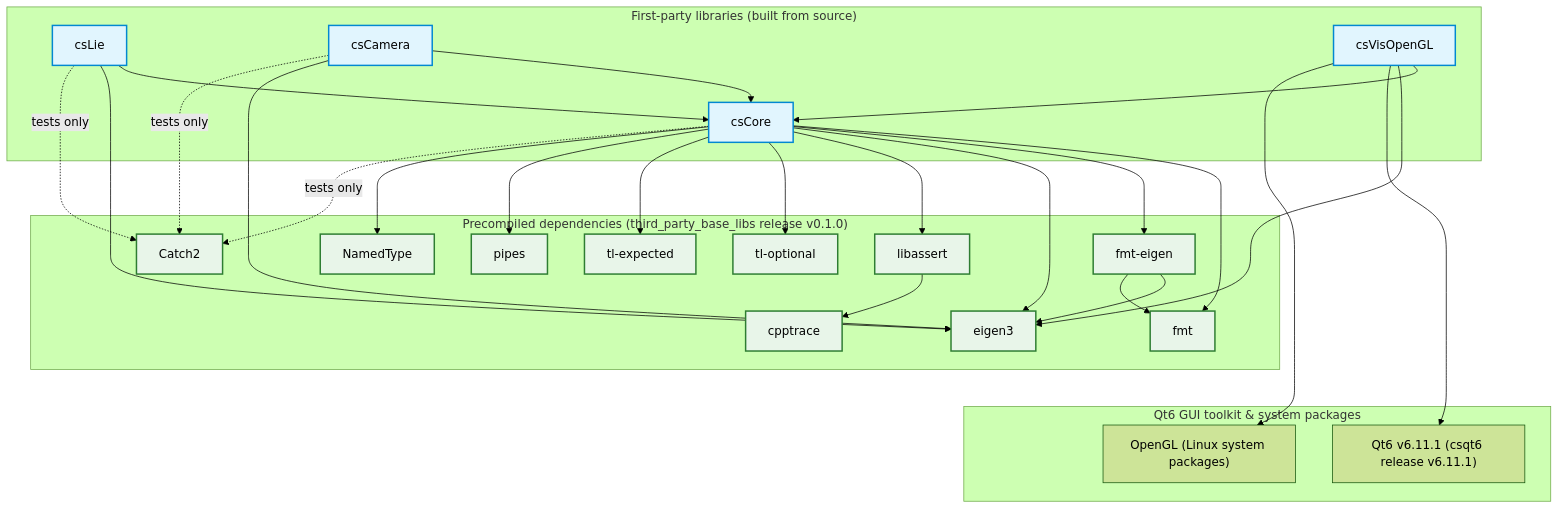
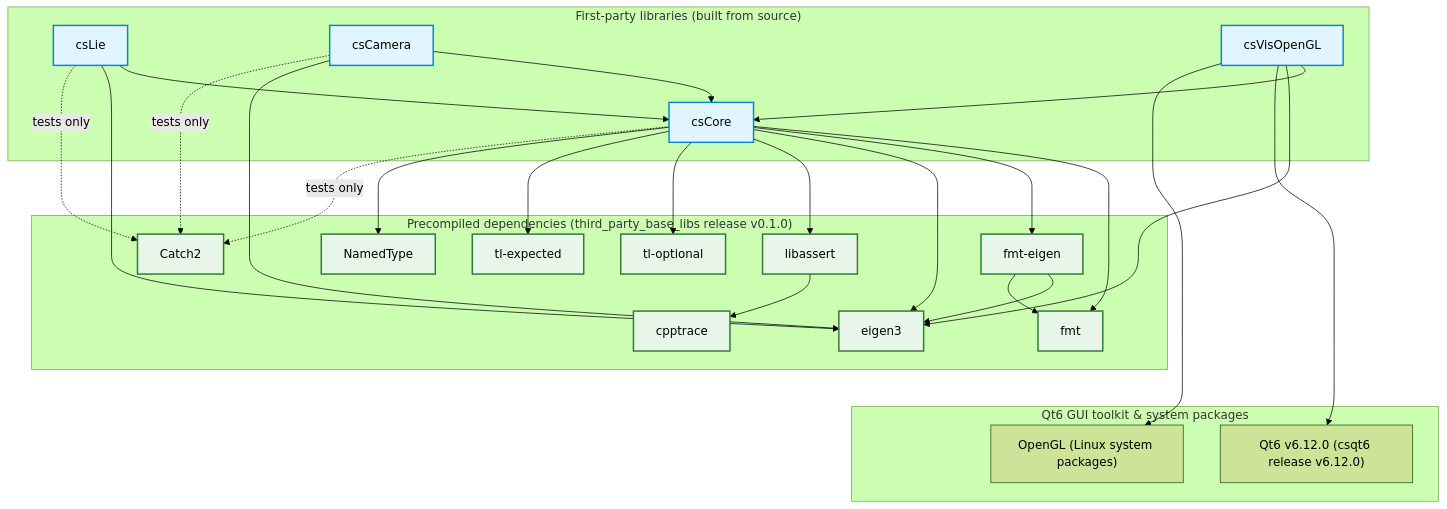
Before and after one commit to cscosine/csfoundation: the diagram in README.md, drawn with Mermaid (forest theme). The commit also changed other lines of this file, not shown here.

````diff
--- a/README.md
+++ b/README.md
@@ -132,71 +130,69 @@
 ```mermaid
 %%{init: {"flowchart": {"curve": "basis"}} }%%
 graph TD
     %% Edge convention: A --> B  ⇒  "A depends on B"
     %% Solid arrow   = compile / link-time dependency
     %% Dotted arrow  = test-only dependency
 
     classDef consumer fill:#e1f5fe,stroke:#0288d1,stroke-width:2px;
     classDef leaf    fill:#e8f5e9,stroke:#2e7d32,stroke-width:2px;
 
     subgraph first_party["First-party libraries (built from source)"]
         csCore["csCore"]
         csLie["csLie"]
         csCamera["csCamera"]
         csVisOpenGL["csVisOpenGL"]
     end
 
     subgraph precompiled["Precompiled dependencies (third_party_base_libs release v0.1.0)"]
         eigen3["eigen3"]
         fmt["fmt"]
         fmt_eigen["fmt-eigen"]
         libassert["libassert"]
         cpptrace["cpptrace"]
-        pipes["pipes"]
         tl_optional["tl-optional"]
         tl_expected["tl-expected"]
         namedtype["NamedType"]
         catch2["Catch2"]
     end
 
     subgraph gui_system["Qt6 GUI toolkit & system packages"]
-        qt6["Qt6 v6.11.1 (csqt6 release v6.11.1)"]
+        qt6["Qt6 v6.12.0 (csqt6 release v6.12.0)"]
         opengl["OpenGL (Linux system packages)"]
     end
 
     csLie --> csCore
     csCamera --> csCore
     csVisOpenGL --> csCore
 
     csLie --> eigen3
     csCamera --> eigen3
     csVisOpenGL --> eigen3
 
     csVisOpenGL --> qt6
     csVisOpenGL --> opengl
 
     csCore --> fmt
     csCore --> fmt_eigen
     csCore --> eigen3
     csCore --> libassert
     csCore --> tl_optional
     csCore --> tl_expected
-    csCore --> pipes
     csCore --> namedtype
 
     csCore   -. "tests only" .-> catch2
     csLie    -. "tests only" .-> catch2
     csCamera -. "tests only" .-> catch2
 
     %% dependencies internal to the precompiled third_party_base_libs package
     %% (kept for completeness; see the third_party_base_libs README for details)
     fmt_eigen --> eigen3
     fmt_eigen --> fmt
     libassert --> cpptrace
 
     %% invisible links force each group onto its own row (strict vertical layout)
     first_party ~~~ precompiled ~~~ gui_system
 
     class csCore,csLie,csCamera,csVisOpenGL consumer;
-    class eigen3,fmt,fmt_eigen,libassert,cpptrace,catch2,namedtype,pipes,tl_optional,tl_expected leaf;
+    class eigen3,fmt,fmt_eigen,libassert,cpptrace,catch2,namedtype,tl_optional,tl_expected leaf;
 ```
````
